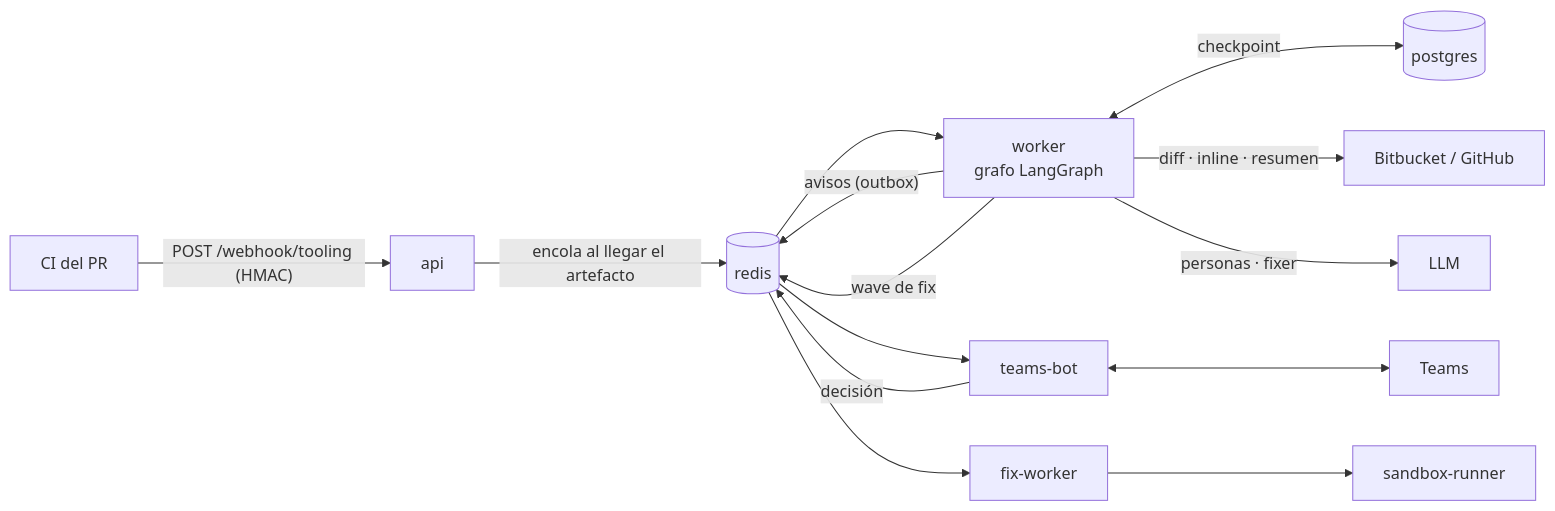
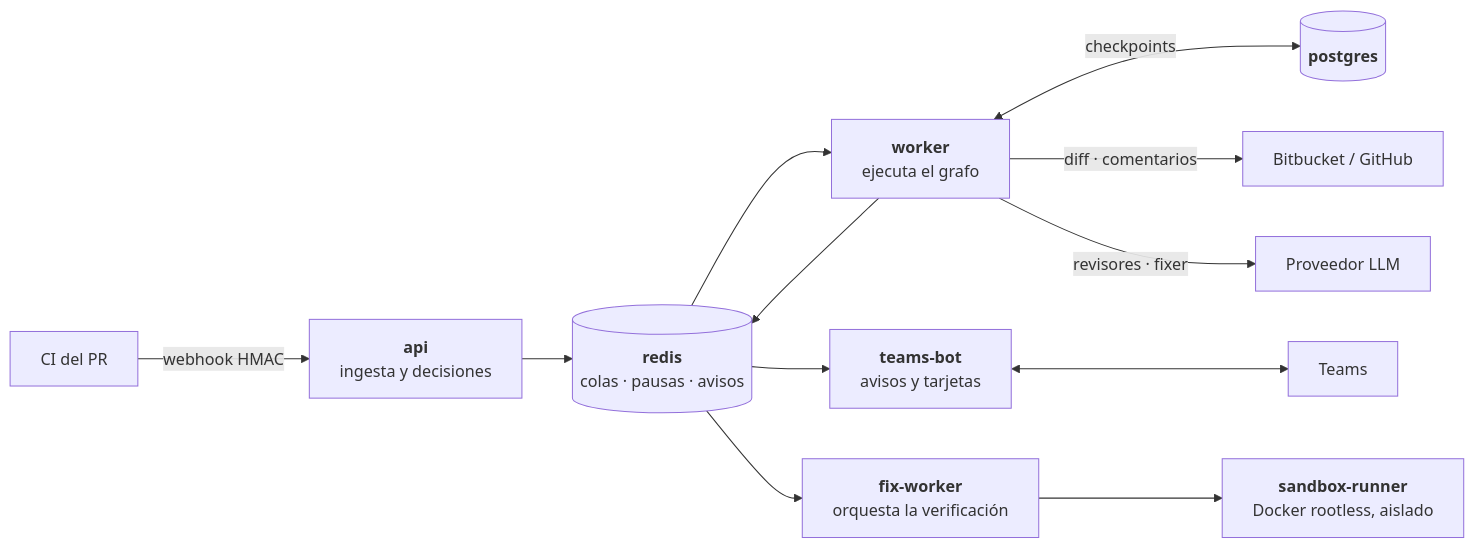
Before and after one commit to pcgarat/agent-review-langgraph: the ninth of 9 diagrams in README.md, drawn with Mermaid. The commit also changed other lines of this file and 1 other file, not shown here.

First line of the commit message:
docs(readme): centrar la puerta de entrada en el grafo, los roles y los flujos

````diff
--- a/README.md
+++ b/README.md
@@ -28,14 +282,13 @@
 ```mermaid
 flowchart LR
-    CI["CI del PR"] -->|"POST /webhook/tooling (HMAC)"| API["api"]
-    API -->|"encola al llegar el artefacto"| REDIS[("redis")]
-    REDIS --> WORKER["worker<br/>grafo LangGraph"]
-    WORKER <-->|checkpoint| PG[("postgres")]
-    WORKER -->|"diff · inline · resumen"| VCS["Bitbucket / GitHub"]
-    WORKER -->|"personas · fixer"| LLM["LLM"]
-    WORKER -->|"avisos (outbox)"| REDIS
-    REDIS --> BOT["teams-bot"] <--> TEAMS["Teams"]
-    BOT -->|"decisión"| REDIS
-    WORKER -->|"wave de fix"| REDIS
-    REDIS --> FIXW["fix-worker"] --> RUNNER["sandbox-runner"]
+    CI["CI del PR"] -->|"webhook HMAC"| API["<b>api</b><br/>ingesta y decisiones"]
+    API --> REDIS[("<b>redis</b><br/>colas · pausas · avisos")]
+    REDIS --> WORKER["<b>worker</b><br/>ejecuta el grafo"]
+    WORKER <-->|"checkpoints"| PG[("<b>postgres</b>")]
+    WORKER -->|"diff · comentarios"| VCS["Bitbucket / GitHub"]
+    WORKER -->|"revisores · fixer"| LLM["Proveedor LLM"]
+    WORKER --> REDIS
+    REDIS --> BOT["<b>teams-bot</b><br/>avisos y tarjetas"] <--> TEAMS["Teams"]
+    REDIS --> FIXW["<b>fix-worker</b><br/>orquesta la verificación"]
+    FIXW --> RUNNER["<b>sandbox-runner</b><br/>Docker rootless, aislado"]
 ```
````
